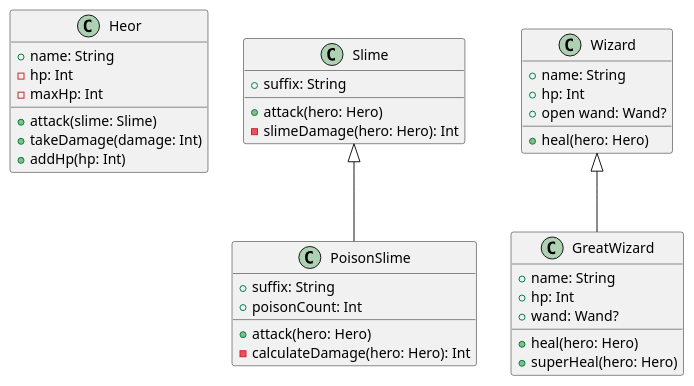
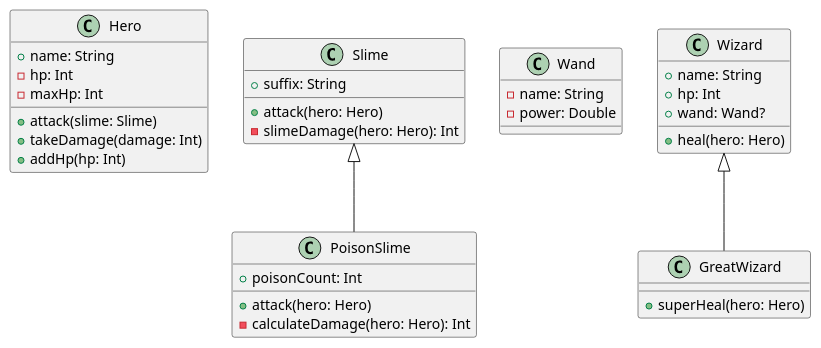
One commit to SurvivalCodingCampus/gangnam2_kotlin_study changed the diagram in src/main/kotlin/com/ezlevup/my/JRPG.puml. Above: the diagram before and after it, drawn with PlantUML. The commit also changed 1 other file, not shown here.

Commit message:
feat: 연습문제 6 - 클래스 다이어그램 수정

```diff
--- a/src/main/kotlin/com/ezlevup/my/JRPG.puml
+++ b/src/main/kotlin/com/ezlevup/my/JRPG.puml
@@ -1,44 +1,45 @@
 @startuml
 
-class Heor {
+class Hero {
     + name: String
     - hp: Int
     - maxHp: Int
 
     + attack(slime: Slime)
     + takeDamage(damage: Int)
     + addHp(hp: Int)
 }
 
 class Slime {
     + suffix: String
 
     + attack(hero: Hero)
     - slimeDamage(hero: Hero): Int
 }
 
 class PoisonSlime extends Slime {
-    + suffix: String
     + poisonCount: Int
 
     + attack(hero: Hero)
     - calculateDamage(hero: Hero): Int
 }
 
+class Wand {
+    - name: String
+    - power: Double
+}
+
 class Wizard {
     + name: String
     + hp: Int
-    + open wand: Wand?
+    + wand: Wand?
 
     + heal(hero: Hero)
 }
 
 class GreatWizard extends Wizard {
-    + name: String
-    + hp: Int
-    + wand: Wand?
-
-    + heal(hero: Hero)
     + superHeal(hero: Hero)
 }
+
+
 @enduml
```
